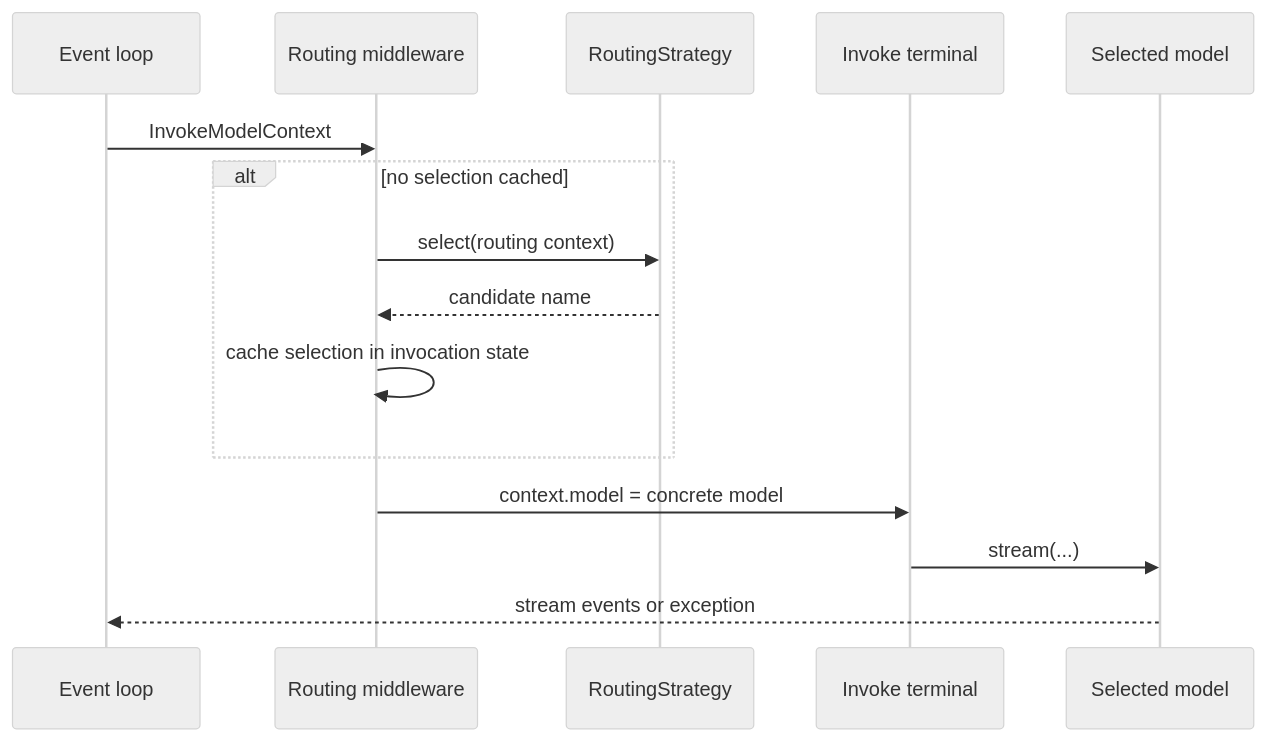
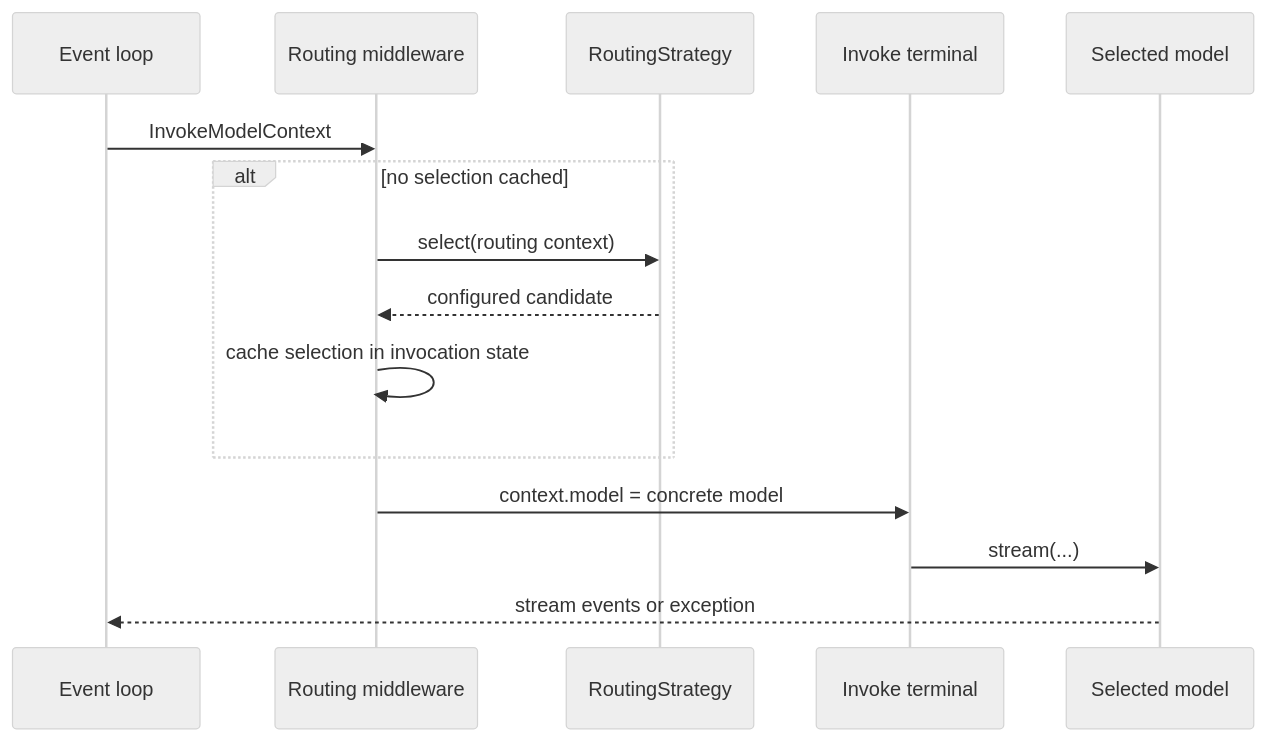
One commit to strands-agents/sdk-python changed the diagram in team/designs/0015-model-routing.md. Above: the diagram before and after it, drawn with Mermaid (neutral theme). The commit also changed other lines of this file, not shown here.

````diff
--- a/team/designs/0015-model-routing.md
+++ b/team/designs/0015-model-routing.md
@@ -78,18 +78,18 @@
 ```mermaid
 sequenceDiagram
     participant EL as Event loop
     participant MW as Routing middleware
     participant S as RoutingStrategy
     participant T as Invoke terminal
     participant M as Selected model
 
     EL->>MW: InvokeModelContext
     alt no selection cached
         MW->>S: select(routing context)
-        S-->>MW: candidate name
+        S-->>MW: configured candidate
         MW->>MW: cache selection in invocation state
     end
     MW->>T: context.model = concrete model
     T->>M: stream(...)
     M-->>EL: stream events or exception
 ```
````
